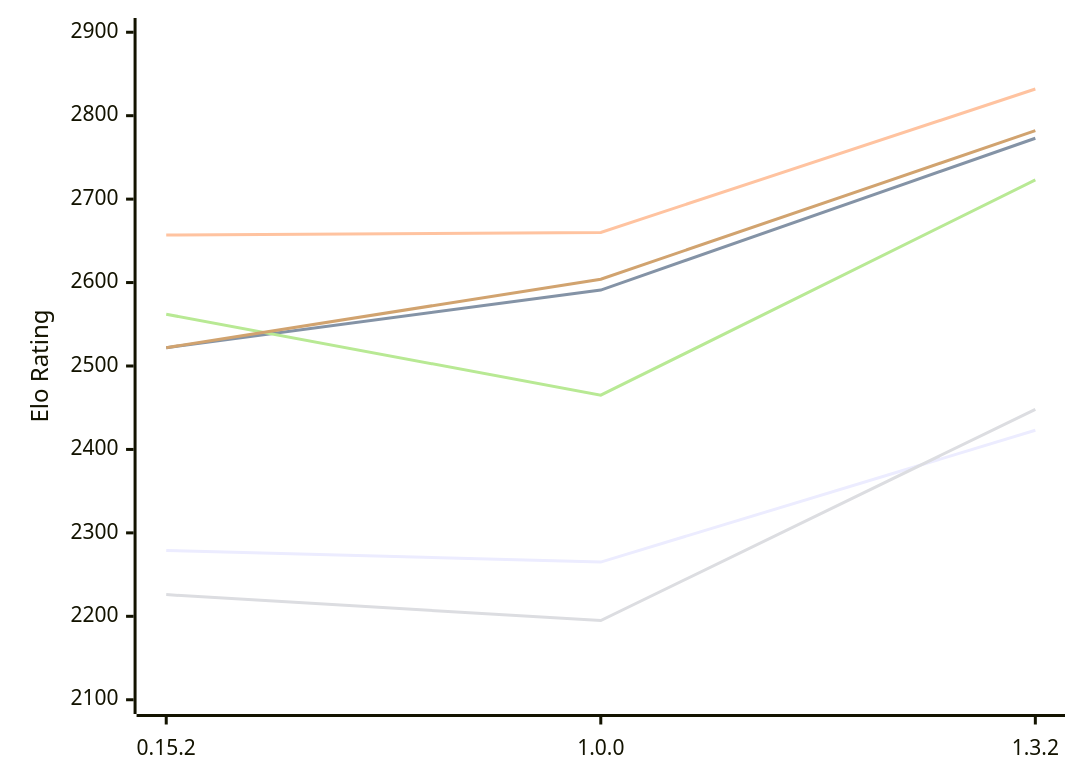
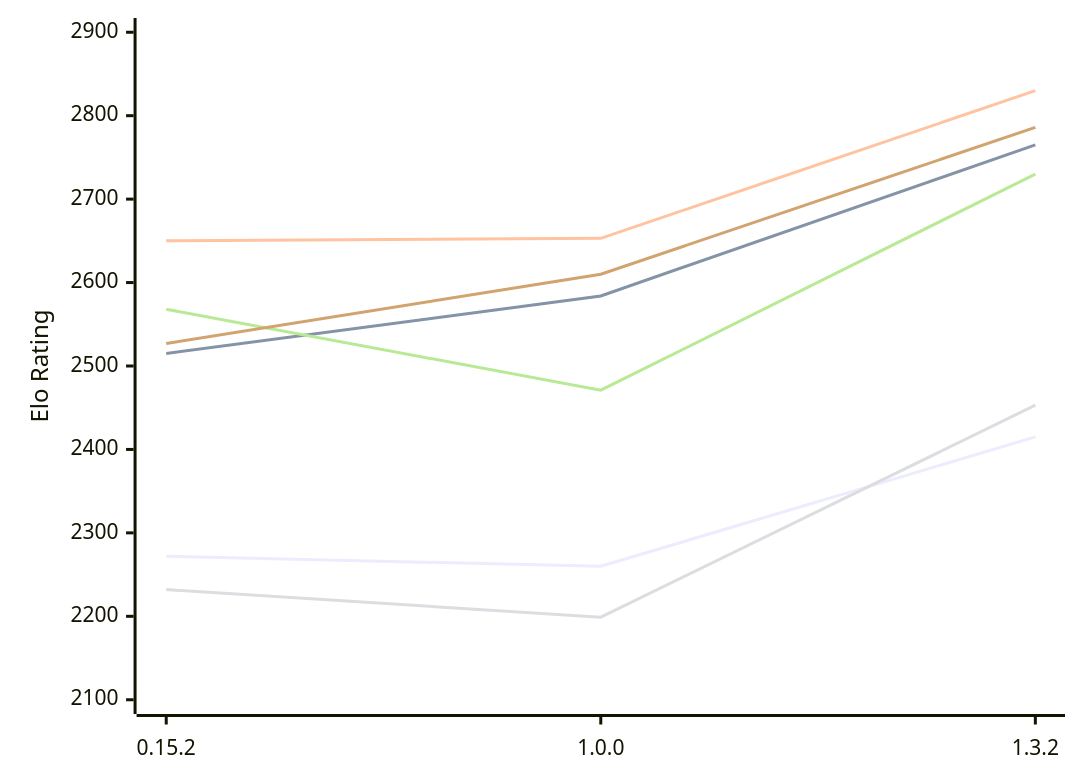
The diagram in engines/ElephantGambit.md (computer-chess-index/cci), drawn with Mermaid before and after one commit. The commit also changed other lines of this file, not shown here.

Commit message:
Update CCI Ratings (ELO VLTC) - 2026-11-18

````diff
--- a/engines/ElephantGambit.md
+++ b/engines/ElephantGambit.md
@@ -52,12 +52,12 @@
 ```mermaid
 %%{init: {"theme":"base","themeVariables":{"seriesColors:['#a3a3a3','#222221','#faa371']}}}%%
 xychart-beta
   x-axis ["0.15.2", "1.0.0", "1.3.2"]
   y-axis "Elo Rating" 2100 --> 2900
-  line "E1: STC (8.0+0.08s)" [2279, 2265, 2423]
-  line "E1: LTC (60.0+0.60s)" [2522, 2591, 2773]
-  line "E1: VLTC (2m24s+1.12s)" [2657, 2660, 2832]
-  line "P1: STC (8.0+0.08s)" [2226, 2195, 2448]
-  line "P1: LTC (60.0+0.60s)" [2562, 2465, 2723]
-  line "P1: VLTC (2m24s+1.12s)" [2522, 2604, 2782]
+  line "E1: STC (8.0+0.08s)" [2272, 2260, 2415]
+  line "E1: LTC (60.0+0.60s)" [2515, 2584, 2765]
+  line "E1: VLTC (2m24s+1.12s)" [2650, 2653, 2830]
+  line "P1: STC (8.0+0.08s)" [2232, 2199, 2453]
+  line "P1: LTC (60.0+0.60s)" [2568, 2471, 2730]
+  line "P1: VLTC (2m24s+1.12s)" [2527, 2610, 2786]
 ```
````
